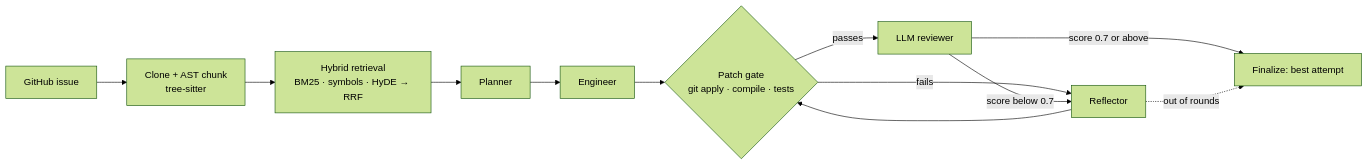
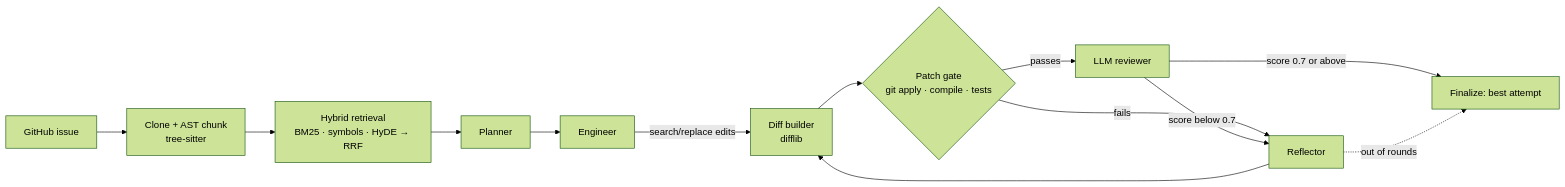
The diagram in README.md (Mirdumurugesan/nexus), drawn with Mermaid (forest theme) before and after one commit. The commit also changed other lines of this file and 13 other files, not shown here.

First line of the commit message:
agents return search/replace edits; NEXUS builds the diff

````diff
--- a/README.md
+++ b/README.md
@@ -27,14 +27,15 @@
 ```mermaid
 flowchart LR
     I[GitHub issue] --> C[Clone + AST chunk<br/>tree-sitter]
     C --> R[Hybrid retrieval<br/>BM25 · symbols · HyDE → RRF]
     R --> P[Planner]
     P --> E[Engineer]
-    E --> G{Patch gate<br/>git apply · compile · tests}
+    E -- search/replace edits --> B[Diff builder<br/>difflib]
+    B --> G{Patch gate<br/>git apply · compile · tests}
     G -- fails --> F[Reflector]
     G -- passes --> V[LLM reviewer]
     V -- score below 0.7 --> F
-    F --> G
+    F --> B
     V -- score 0.7 or above --> D[Finalize: best attempt]
     F -. out of rounds .-> D
 ```
````
